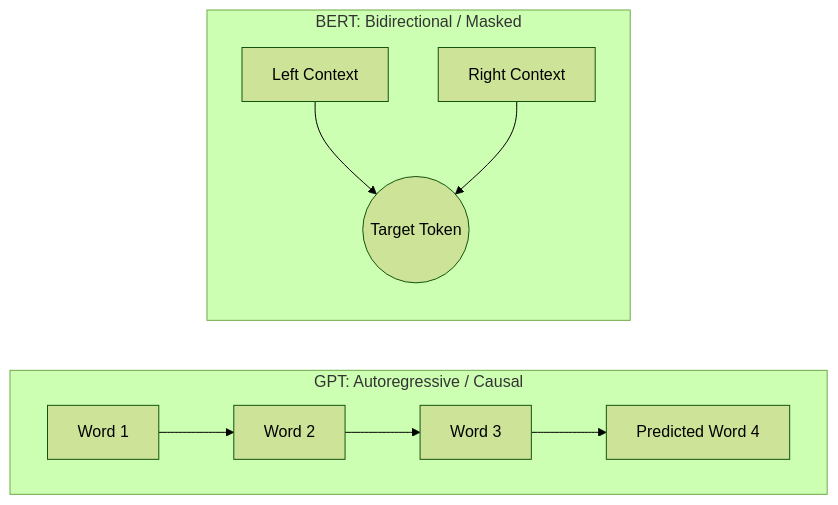
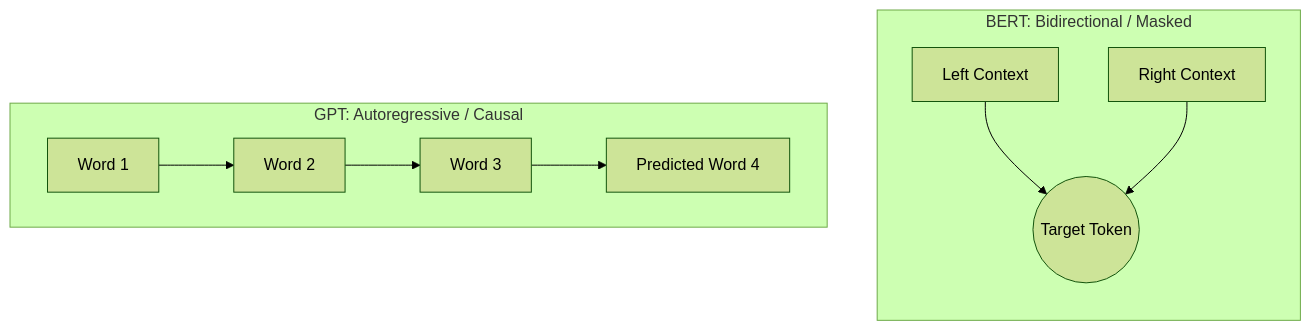
The second of 3 diagrams in docs/ai-practitioner/section-6-ai-ml/ml-terms-in-the-exam.mdx (rensaputra/aws-docs), drawn with Mermaid (forest theme) before and after one commit. The commit also changed other lines of this file and 1 other file, not shown here.

````diff
--- a/docs/ai-practitioner/section-6-ai-ml/ml-terms-in-the-exam.mdx
+++ b/docs/ai-practitioner/section-6-ai-ml/ml-terms-in-the-exam.mdx
@@ -57,13 +57,15 @@
 ```mermaid
 flowchart LR
     subgraph GPT_Arch [GPT: Autoregressive / Causal]
         direction LR
         W1[Word 1] --> W2[Word 2] --> W3[Word 3] --> W4[Predicted Word 4]
     end
 
     subgraph BERT_Arch [BERT: Bidirectional / Masked]
         direction TB
         ContextLeft[Left Context] --> TargetToken((Target Token))
         ContextRight[Right Context] --> TargetToken
     end
+
+    GPT_Arch ~~~ BERT_Arch
 ```
````
